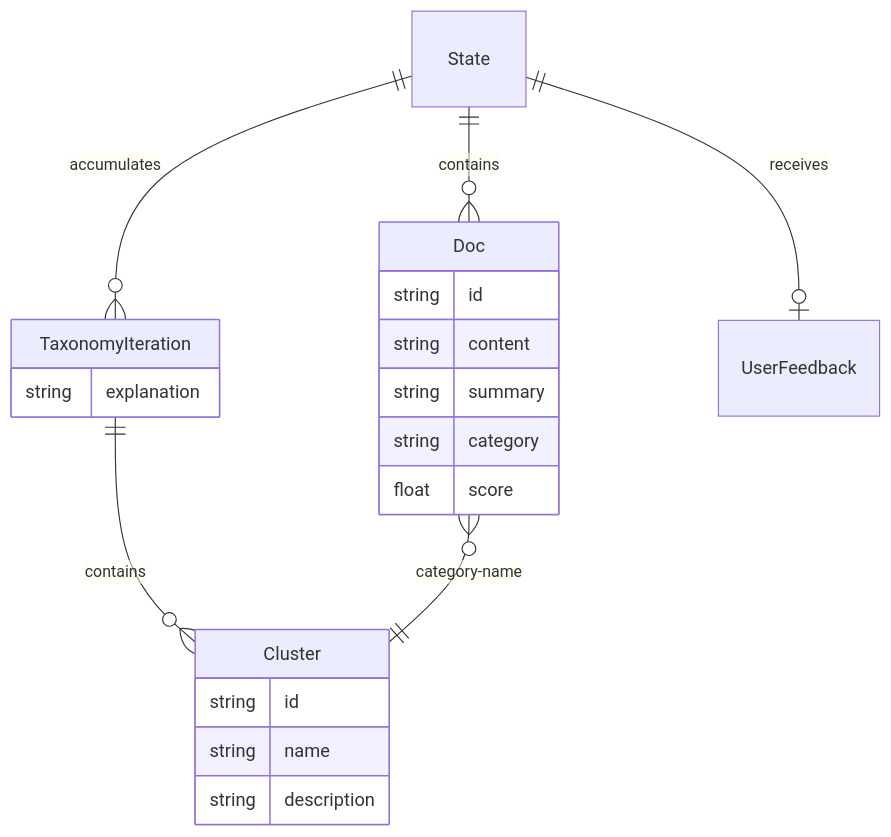
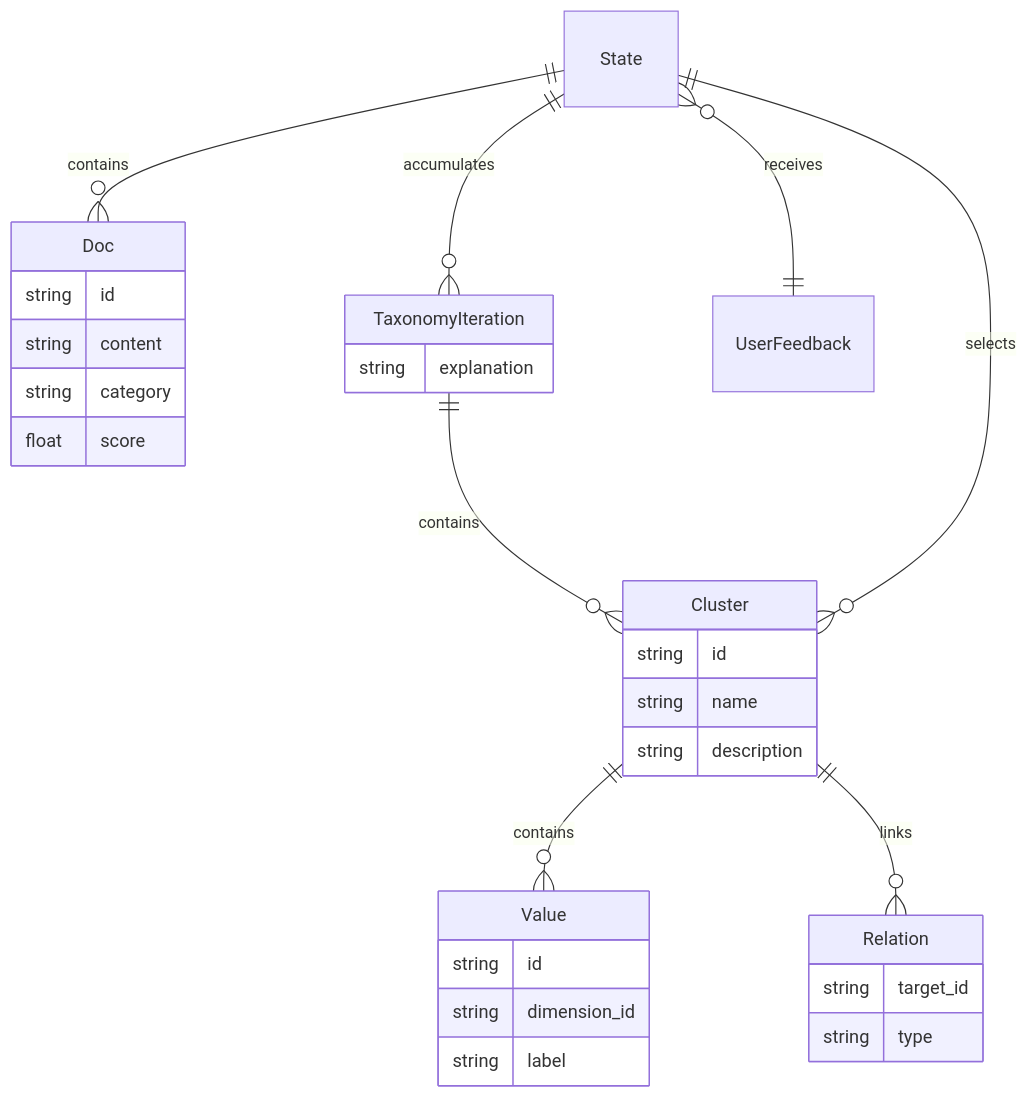
The diagram in openwiki/data-model/state-and-schemas.md (andresdp/delve), drawn with Mermaid before and after one commit. The commit also changed other lines of this file and 50 other files, not shown here.

````diff
--- a/openwiki/data-model/state-and-schemas.md
+++ b/openwiki/data-model/state-and-schemas.md
@@ -23,23 +16,15 @@
 ```mermaid
 erDiagram
     State ||--o{ Doc : contains
     State ||--o{ TaxonomyIteration : accumulates
     TaxonomyIteration ||--o{ Cluster : contains
-    Doc }o--|| Cluster : category-name
-    State ||--o| UserFeedback : receives
-    TaxonomyIteration {
-        string explanation
-    }
-    Cluster {
-        string id
-        string name
-        string description
-    }
-    Doc {
-        string id
-        string content
-        string summary
-        string category
-        float score
-    }
+    Cluster ||--o{ Value : contains
+    Cluster ||--o{ Relation : links
+    State ||--o{ Cluster : selects
+    State }o--|| UserFeedback : receives
+    TaxonomyIteration { string explanation }
+    Cluster { string id string name string description }
+    Value { string id string dimension_id string label }
+    Relation { string target_id string type }
+    Doc { string id string content string category float score }
 ```
````
